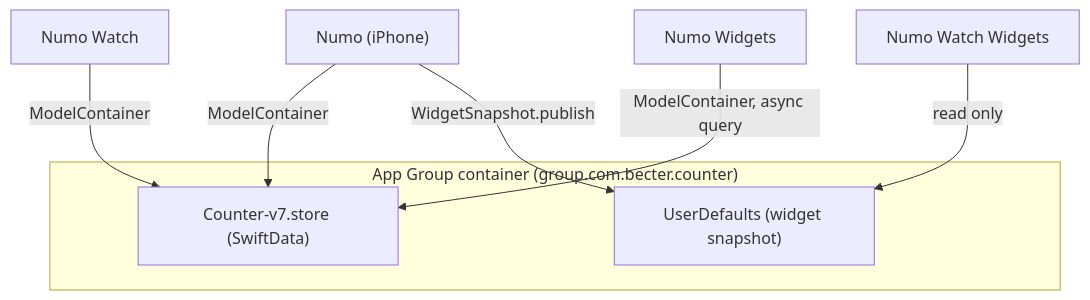
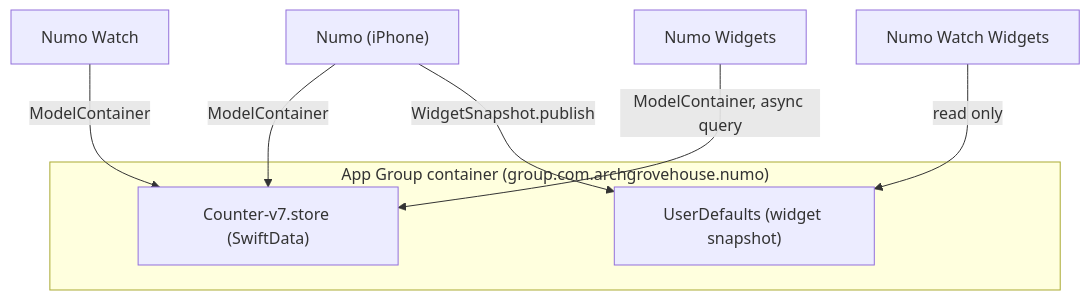
The first of 2 diagrams in docs/ARCHITECTURE.md (utopastac/counter-ios), drawn with Mermaid before and after one commit. The commit also changed 9 other files, not shown here.

````diff
--- a/docs/ARCHITECTURE.md
+++ b/docs/ARCHITECTURE.md
@@ -33,13 +33,13 @@
 ```mermaid
 flowchart TB
-  subgraph store ["App Group container (group.com.becter.counter)"]
+  subgraph store ["App Group container (group.com.archgrovehouse.numo)"]
     db["Counter-v7.store (SwiftData)"]
     defaults["UserDefaults (widget snapshot)"]
   end
 
   iphone["Numo (iPhone)"] -->|ModelContainer| db
   watch["Numo Watch"] -->|ModelContainer| db
   homeWidget["Numo Widgets"] -->|ModelContainer, async query| db
   iphone -->|WidgetSnapshot.publish| defaults
   watchWidget["Numo Watch Widgets"] -->|read only| defaults
 ```
````
